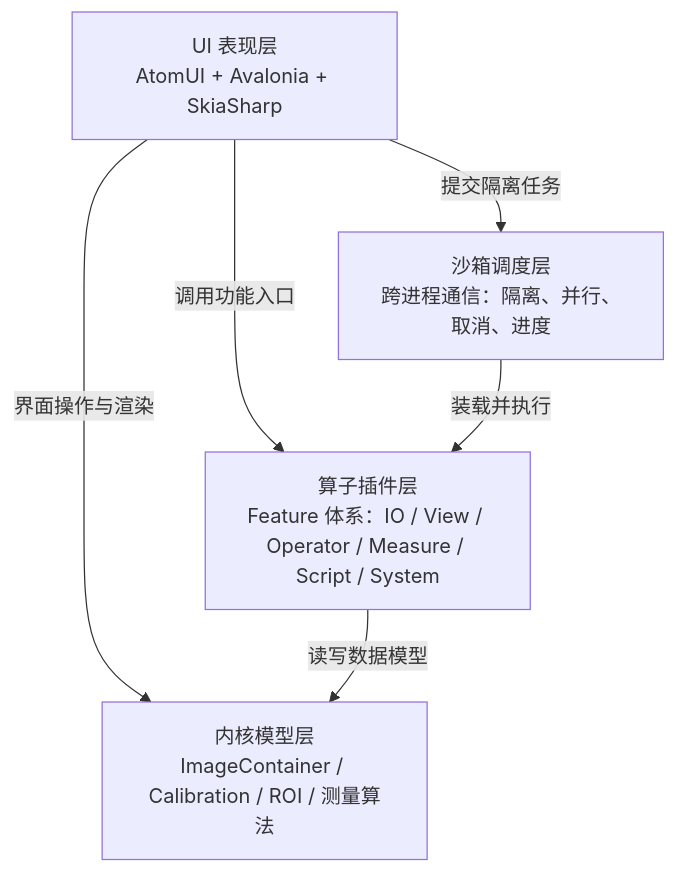
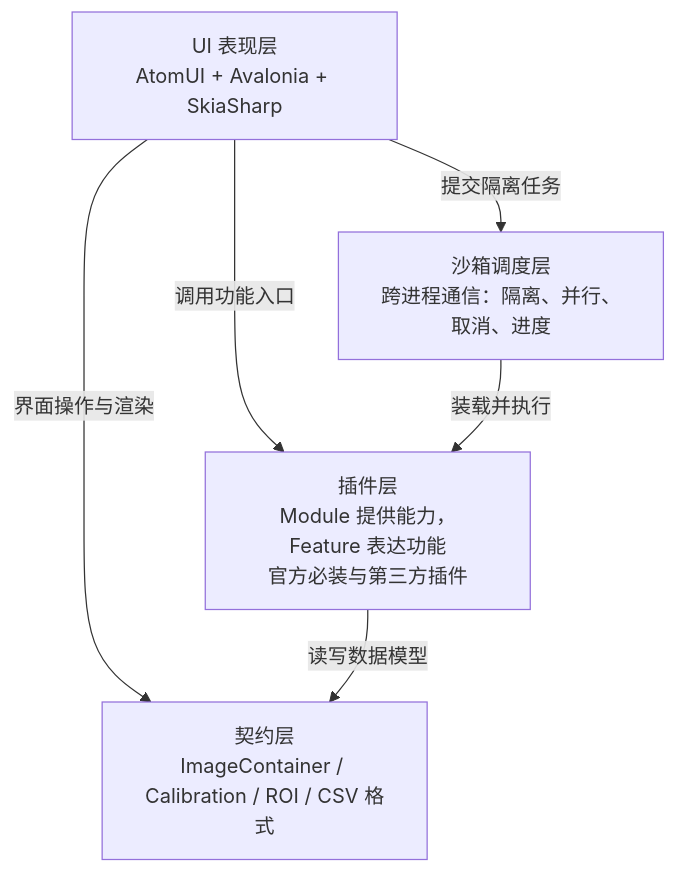
The second of 3 diagrams in docs/spec/baseline/startup-requirements.md (xknife-erian/ImageLyre), drawn with Mermaid before and after one commit. The commit also changed other lines of this file and 1 other file, not shown here.

````diff
--- a/docs/spec/baseline/startup-requirements.md
+++ b/docs/spec/baseline/startup-requirements.md
@@ -108,13 +109,13 @@
 ```mermaid
 flowchart TB
     UI["UI 表现层<br/>AtomUI + Avalonia + SkiaSharp"]
-    KERN["内核模型层<br/>ImageContainer / Calibration / ROI / 测量算法"]
-    PLUG["算子插件层<br/>Feature 体系：IO / View / Operator / Measure / Script / System"]
+    CONTRACT["契约层<br/>ImageContainer / Calibration / ROI / CSV 格式"]
+    PLUG["插件层<br/>Module 提供能力，Feature 表达功能<br/>官方必装与第三方插件"]
     SBOX["沙箱调度层<br/>跨进程通信：隔离、并行、取消、进度"]
 
-    UI -->|界面操作与渲染| KERN
+    UI -->|界面操作与渲染| CONTRACT
     UI -->|调用功能入口| PLUG
-    PLUG -->|读写数据模型| KERN
+    PLUG -->|读写数据模型| CONTRACT
     UI -->|提交隔离任务| SBOX
     SBOX -->|装载并执行| PLUG
 ```
````
